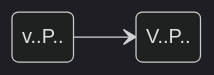
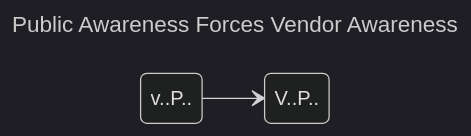
Before and after one commit to CERTCC/Vultron: the second of 3 diagrams in docs/topics/process_models/cs/transitions.md, drawn with Mermaid (dark theme). The commit also changed other lines of this file and 44 other files, not shown here.

````diff
--- a/docs/topics/process_models/cs/transitions.md
+++ b/docs/topics/process_models/cs/transitions.md
@@ -73,7 +74,10 @@
 ```mermaid
+---
+title: Public Awareness Forces Vendor Awareness
+---
 stateDiagram-v2
     direction LR
     vP: v..P..
     VP: V..P..
     vP --> VP
 ```
````
